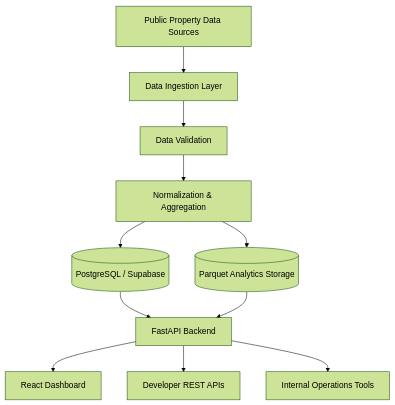
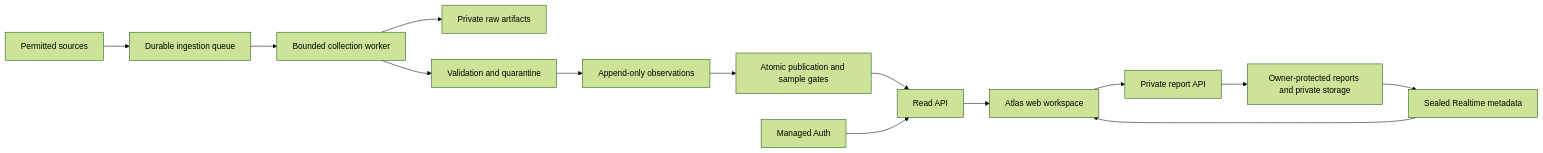
The diagram in README.md (Mugweru01/homara-atlas), drawn with Mermaid (forest theme) before and after one commit. The commit also changed other lines of this file and 128 other files, not shown here.

First line of the commit message:
feat: deliver Atlas backend and research workspace (#40)

````diff
--- a/README.md
+++ b/README.md
@@ -167,24 +83,16 @@
 ```mermaid
-flowchart TD
-
-A[Public Property Data Sources]
---> B[Data Ingestion Layer]
-
-B --> C[Data Validation]
-
-C --> D[Normalization & Aggregation]
-
-D --> E[(PostgreSQL / Supabase)]
-
-D --> F[(Parquet Analytics Storage)]
-
-E --> G[FastAPI Backend]
-
-F --> G
-
-G --> H[React Dashboard]
-
-G --> I[Developer REST APIs]
-
-G --> J[Internal Operations Tools]
+flowchart LR
+    A[Permitted sources] --> B[Durable ingestion queue]
+    B --> C[Bounded collection worker]
+    C --> D[Private raw artifacts]
+    C --> E[Validation and quarantine]
+    E --> F[Append-only observations]
+    F --> G[Atomic publication and sample gates]
+    G --> H[Read API]
+    H --> I[Atlas web workspace]
+    J[Managed Auth] --> H
+    I --> K[Private report API]
+    K --> L[Owner-protected reports and private storage]
+    L --> M[Sealed Realtime metadata]
+    M --> I
 ```
````
